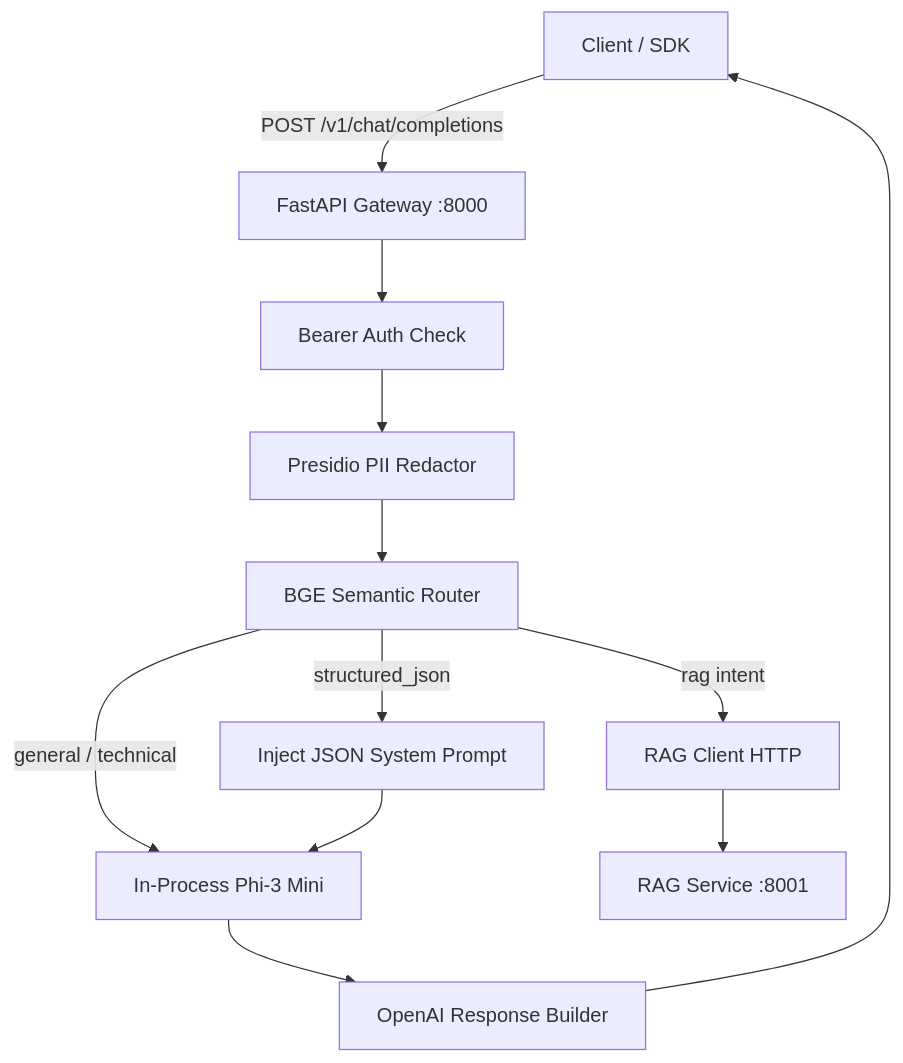
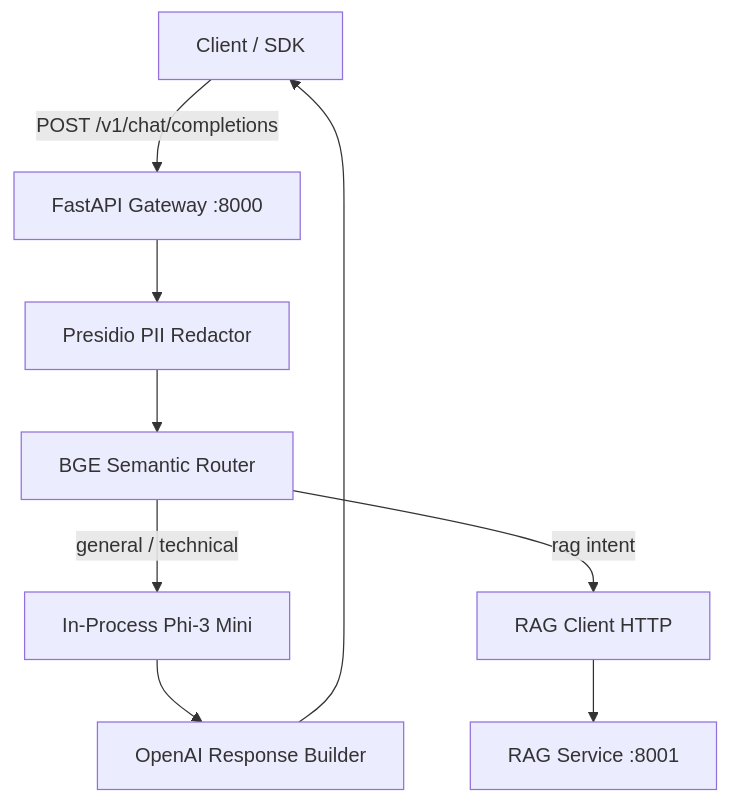
The diagram in gateway/README.md (LakshyaK04/Ericsson-SLM-Gateway), drawn with Mermaid before and after one commit. The commit also changed other lines of this file and 6 other files, not shown here.

Commit message:
Final simplification: clean remaining mentions of structured_json, auth, and hybrid from READMEs and router test mocks

````diff
--- a/gateway/README.md
+++ b/gateway/README.md
@@ -20,14 +19,12 @@
 ```mermaid
 graph TD
     Client[Client / SDK] -->|POST /v1/chat/completions| GW[FastAPI Gateway :8000]
-    GW --> Auth[Bearer Auth Check]
-    Auth --> PII[Presidio PII Redactor]
+    GW --> PII[Presidio PII Redactor]
     PII --> Router[BGE Semantic Router]
     
     Router -->|general / technical| LocalModel[In-Process Phi-3 Mini]
-    Router -->|structured_json| JSONPrompt[Inject JSON System Prompt] --> LocalModel
     Router -->|rag intent| RAGClient[RAG Client HTTP] --> RAGService[RAG Service :8001]
     
     LocalModel --> ResponseBuilder[OpenAI Response Builder]
     ResponseBuilder --> Client
 ```
````
